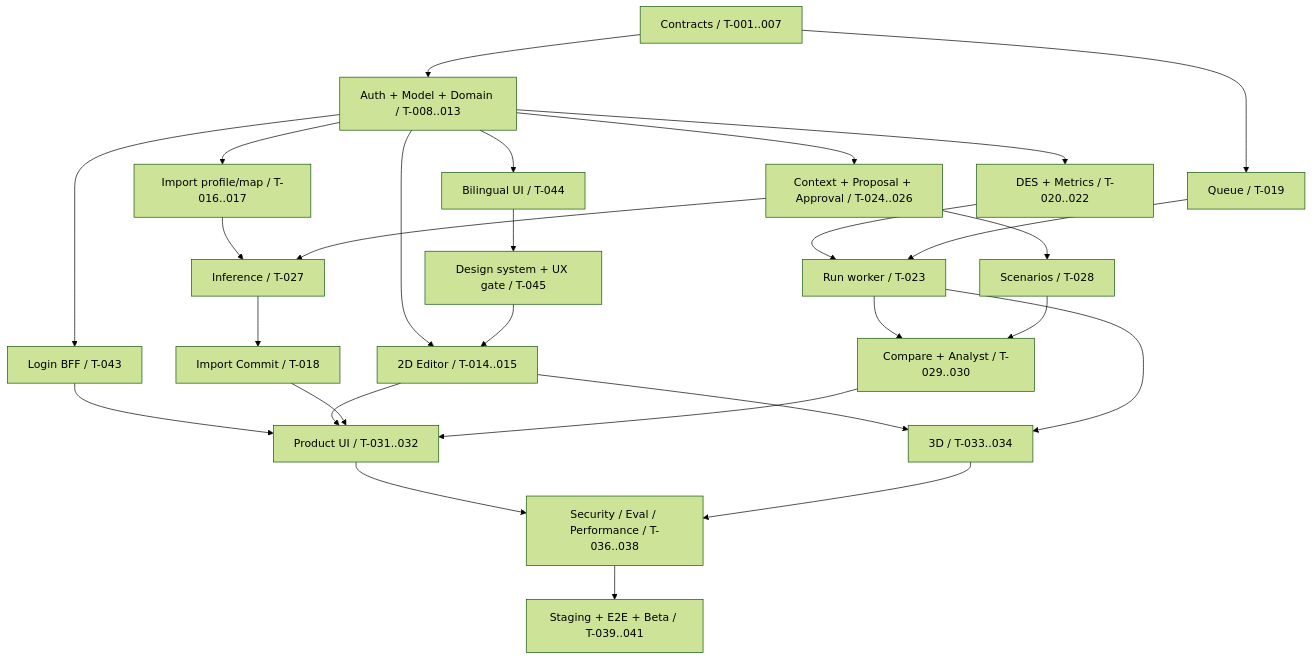
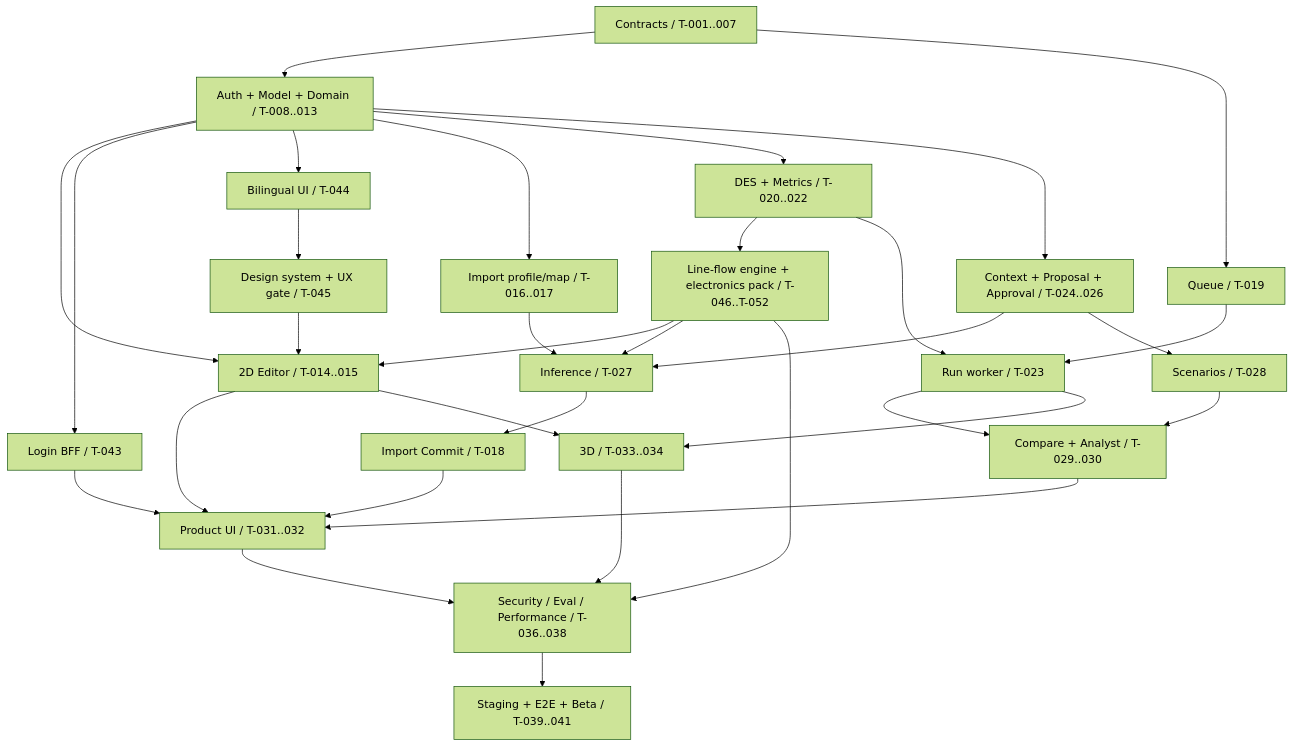
The diagram in docs/IMPLEMENTATION_PLAN.md (KCL1104/Geminus), drawn with Mermaid (forest theme) before and after one commit. The commit also changed other lines of this file and 17 other files, not shown here.

````diff
--- a/docs/IMPLEMENTATION_PLAN.md
+++ b/docs/IMPLEMENTATION_PLAN.md
@@ -13,30 +13,34 @@
 ```mermaid
 flowchart TD
   C[Contracts / T-001..007] --> V[Auth + Model + Domain / T-008..013]
   V --> E[2D Editor / T-014..015]
   V --> L[Login BFF / T-043]
   V --> L10N[Bilingual UI / T-044]
   L10N --> DS[Design system + UX gate / T-045]
   DS --> E
   L --> UI
   V --> I[Import profile/map / T-016..017]
   V --> S[DES + Metrics / T-020..022]
+  S --> LF[Line-flow engine + electronics pack / T-046..T-052]
+  LF --> E
+  LF --> INF
+  LF --> G
   C --> J[Queue / T-019]
   S --> RUN[Run worker / T-023]
   J --> RUN
   V --> AI[Context + Proposal + Approval / T-024..026]
   I --> INF[Inference / T-027]
   AI --> INF
   INF --> COMMIT[Import Commit / T-018]
   AI --> SC[Scenarios / T-028]
   RUN --> RES[Compare + Analyst / T-029..030]
   SC --> RES
   E --> UI[Product UI / T-031..032]
   COMMIT --> UI
   RES --> UI
   E --> D3[3D / T-033..034]
   RUN --> D3
   UI --> G[Security / Eval / Performance / T-036..038]
   D3 --> G
   G --> B[Staging + E2E + Beta / T-039..041]
 ```
````
